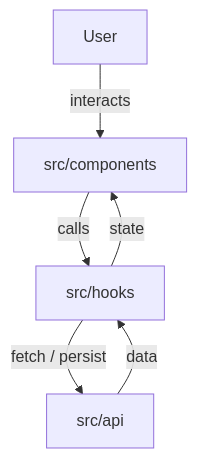
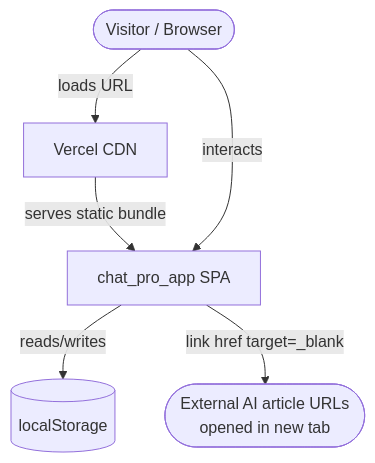
One commit to Offthearc/chat_pro_app changed the first of 4 diagrams in docs/architecture.md. Above: the diagram before and after it, drawn with Mermaid. The commit also changed other lines of this file and 24 other files, not shown here.

````diff
--- a/docs/architecture.md
+++ b/docs/architecture.md
@@ -40,8 +114,14 @@
 ```mermaid
 flowchart TD
-    User -->|interacts| UI[src/components]
-    UI -->|calls| Hooks[src/hooks]
-    Hooks -->|fetch / persist| API[src/api]
-    API -->|data| Hooks
-    Hooks -->|state| UI
+    Visitor([Visitor / Browser])
+    App[chat_pro_app SPA]
+    LS[(localStorage)]
+    Vercel[Vercel CDN]
+    ArticleURLs([External AI article URLs\nopened in new tab])
+
+    Visitor -->|loads URL| Vercel
+    Vercel -->|serves static bundle| App
+    App -->|reads/writes| LS
+    App -->|link href target=_blank| ArticleURLs
+    Visitor -->|interacts| App
 ```
````
